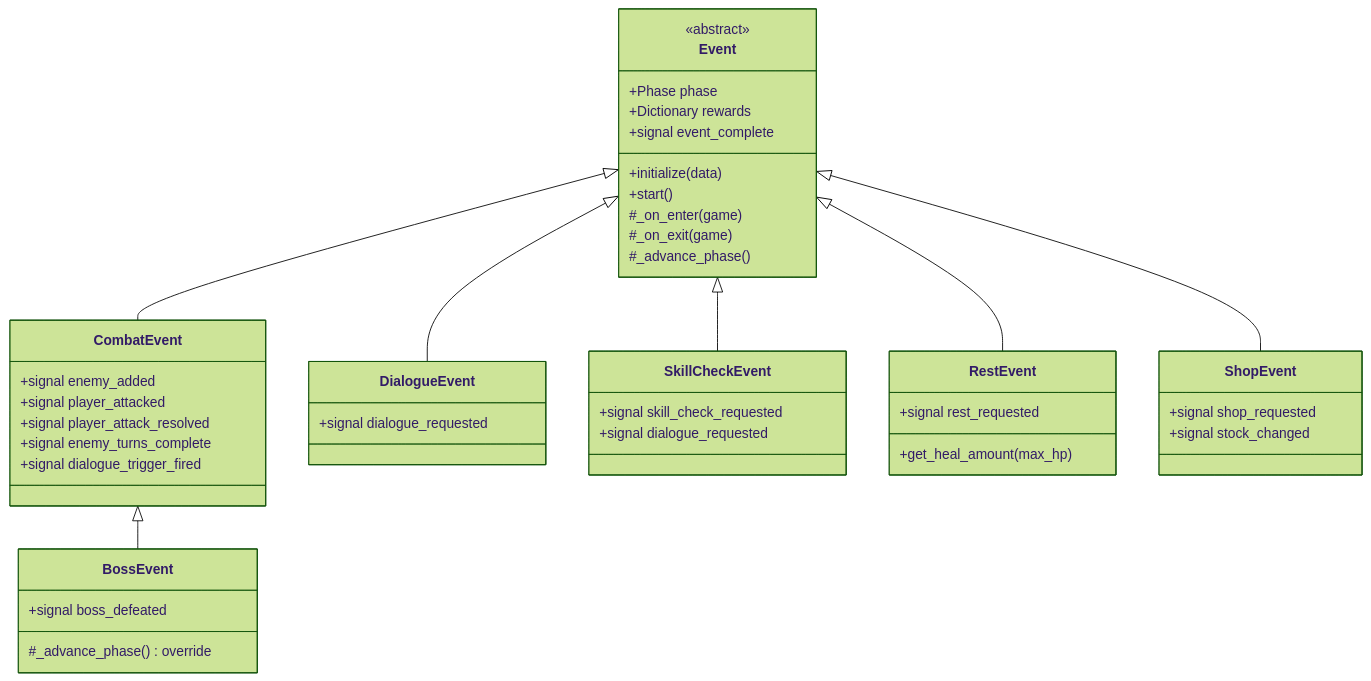
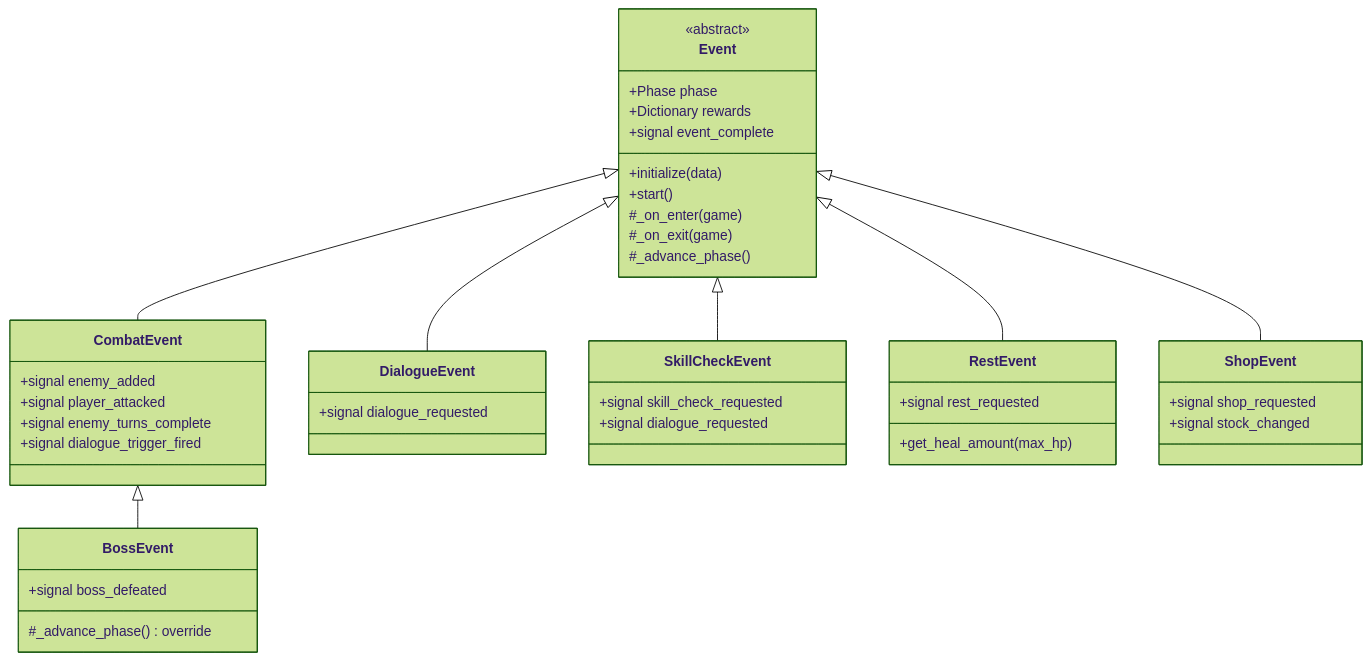
Before and after one commit to mjholder/crawler: the second of 4 diagrams in journal/architecture.md, drawn with Mermaid (forest theme). The commit also changed other lines of this file and 23 other files, not shown here.

````diff
--- a/journal/architecture.md
+++ b/journal/architecture.md
@@ -54,47 +54,46 @@
 ```mermaid
 classDiagram
     class Event {
         <<abstract>>
         +Phase phase
         +Dictionary rewards
         +initialize(data)
         +start()
         #_on_enter(game)
         #_on_exit(game)
         #_advance_phase()
         +signal event_complete
     }
     class CombatEvent {
         +signal enemy_added
         +signal player_attacked
-        +signal player_attack_resolved
         +signal enemy_turns_complete
         +signal dialogue_trigger_fired
     }
     class BossEvent {
         +signal boss_defeated
         #_advance_phase() override
     }
     class DialogueEvent {
         +signal dialogue_requested
     }
     class SkillCheckEvent {
         +signal skill_check_requested
         +signal dialogue_requested
     }
     class RestEvent {
         +signal rest_requested
         +get_heal_amount(max_hp)
     }
     class ShopEvent {
         +signal shop_requested
         +signal stock_changed
     }
 
     Event <|-- CombatEvent
     CombatEvent <|-- BossEvent
     Event <|-- DialogueEvent
     Event <|-- SkillCheckEvent
     Event <|-- RestEvent
     Event <|-- ShopEvent
 ```
````
